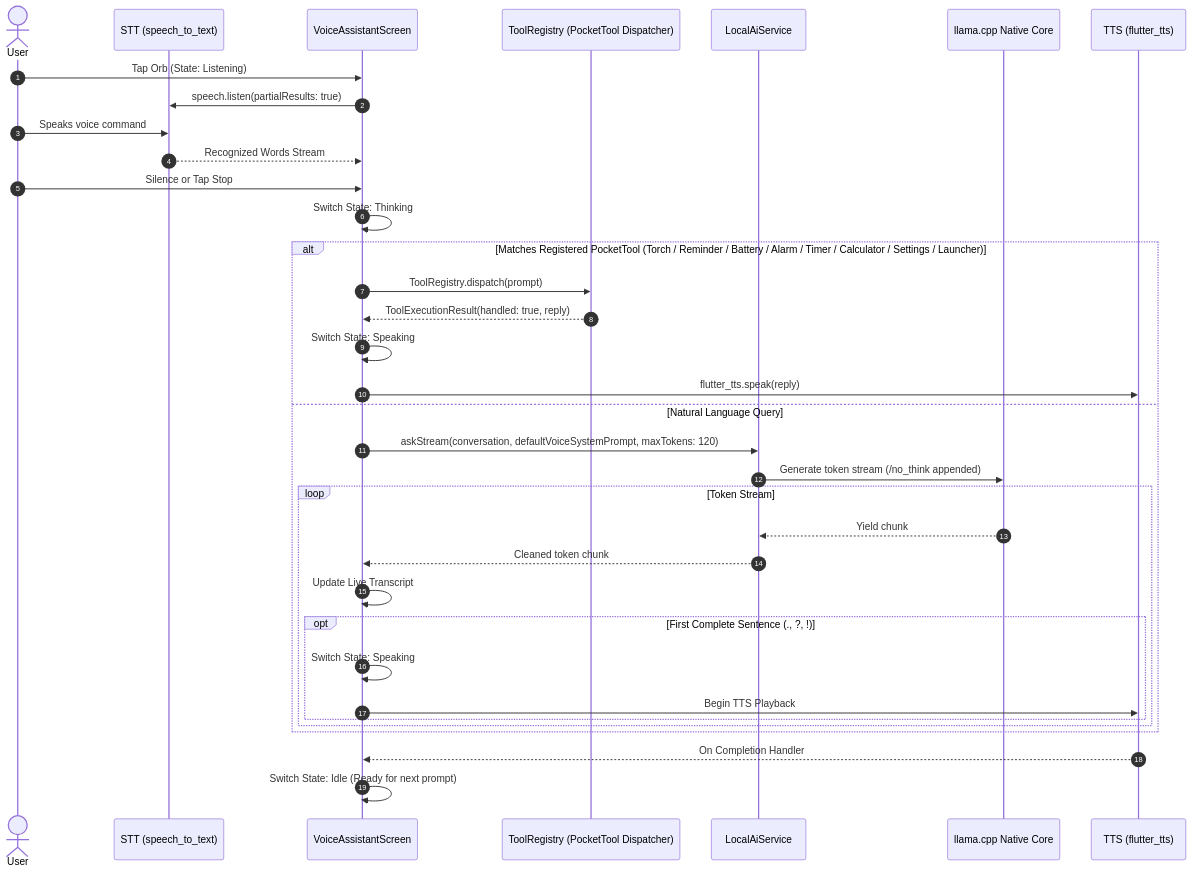
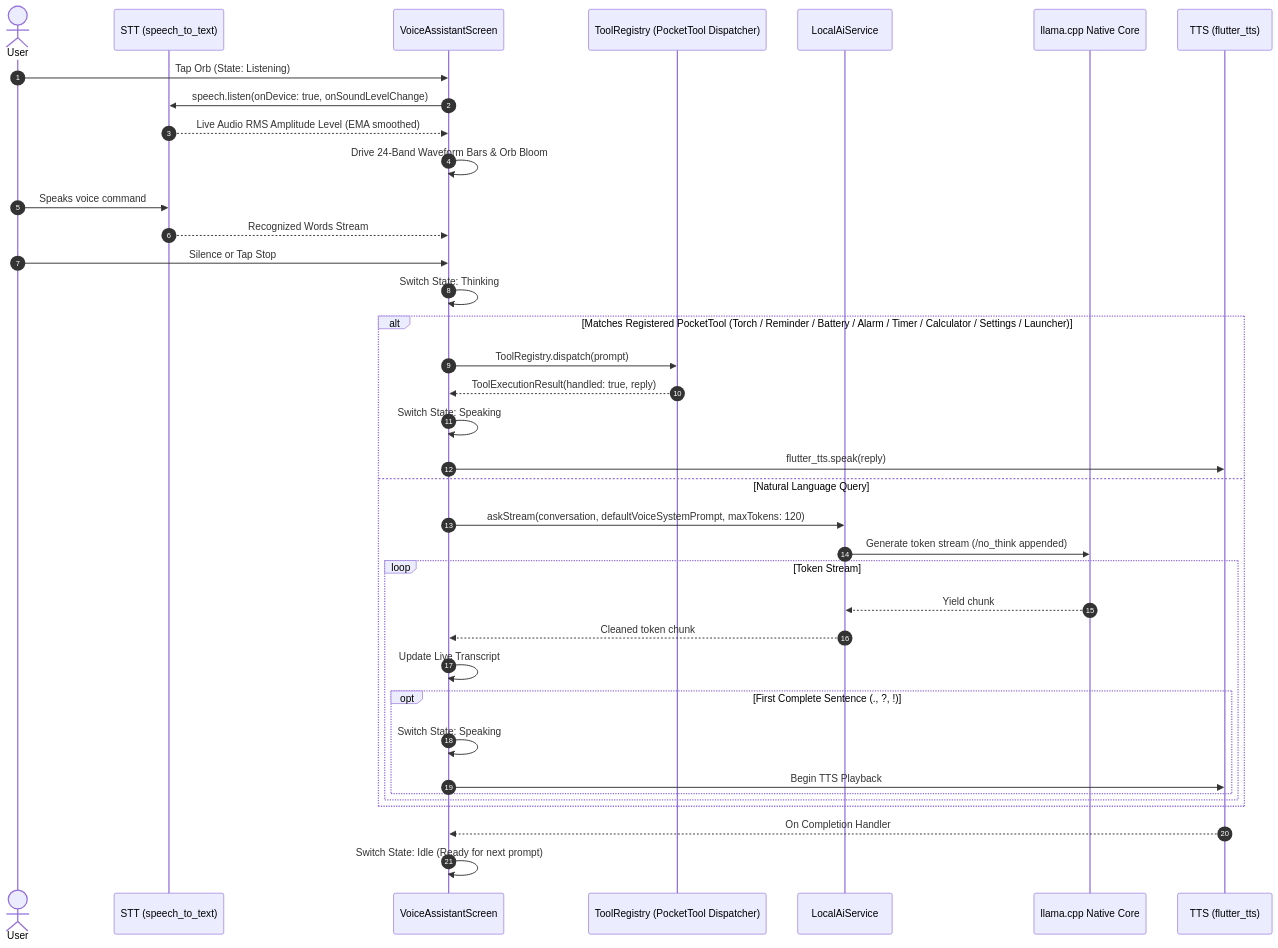
One commit to SubramanyaKS/PocketAI changed the fourth of 6 diagrams in docs/architecture.md. Above: the diagram before and after it, drawn with Mermaid. The commit also changed other lines of this file and 3 other files, not shown here.

````diff
--- a/docs/architecture.md
+++ b/docs/architecture.md
@@ -211,41 +211,43 @@
 ```mermaid
 sequenceDiagram
     autonumber
     actor User
     participant Mic as STT (speech_to_text)
     participant VoiceUI as VoiceAssistantScreen
     participant Registry as ToolRegistry (PocketTool Dispatcher)
     participant AI as LocalAiService
     participant Engine as llama.cpp Native Core
     participant Speaker as TTS (flutter_tts)
 
     User->>VoiceUI: Tap Orb (State: Listening)
-    VoiceUI->>Mic: speech.listen(partialResults: true)
+    VoiceUI->>Mic: speech.listen(onDevice: true, onSoundLevelChange)
+    Mic-->>VoiceUI: Live Audio RMS Amplitude Level (EMA smoothed)
+    VoiceUI->>VoiceUI: Drive 24-Band Waveform Bars & Orb Bloom
     User->>Mic: Speaks voice command
     Mic-->>VoiceUI: Recognized Words Stream
     User->>VoiceUI: Silence or Tap Stop
     
     VoiceUI->>VoiceUI: Switch State: Thinking
     
     alt Matches Registered PocketTool (Torch / Reminder / Battery / Alarm / Timer / Calculator / Settings / Launcher)
         VoiceUI->>Registry: ToolRegistry.dispatch(prompt)
         Registry-->>VoiceUI: ToolExecutionResult(handled: true, reply)
         VoiceUI->>VoiceUI: Switch State: Speaking
         VoiceUI->>Speaker: flutter_tts.speak(reply)
     else Natural Language Query
         VoiceUI->>AI: askStream(conversation, defaultVoiceSystemPrompt, maxTokens: 120)
         AI->>Engine: Generate token stream (/no_think appended)
         loop Token Stream
             Engine-->>AI: Yield chunk
             AI-->>VoiceUI: Cleaned token chunk
             VoiceUI->>VoiceUI: Update Live Transcript
             opt First Complete Sentence (., ?, !)
                 VoiceUI->>VoiceUI: Switch State: Speaking
                 VoiceUI->>Speaker: Begin TTS Playback
             end
         end
     end
 
     Speaker-->>VoiceUI: On Completion Handler
     VoiceUI->>VoiceUI: Switch State: Idle (Ready for next prompt)
 ```
````
